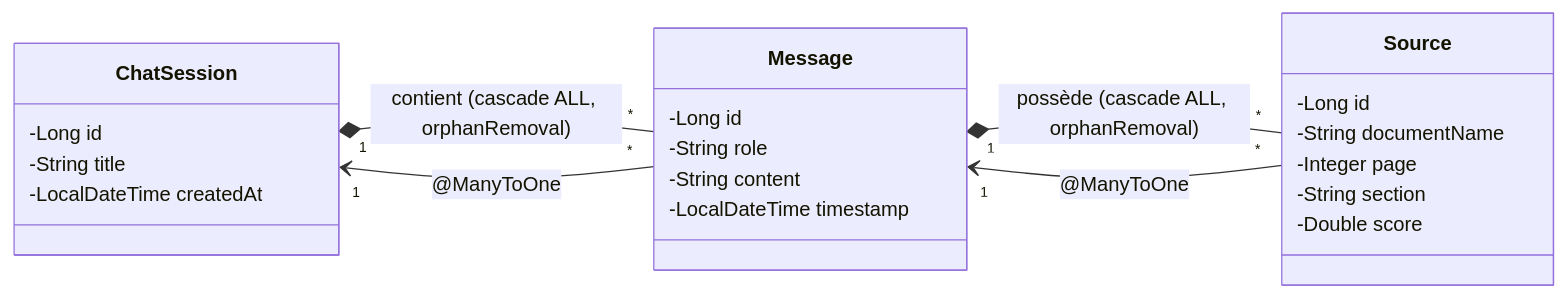
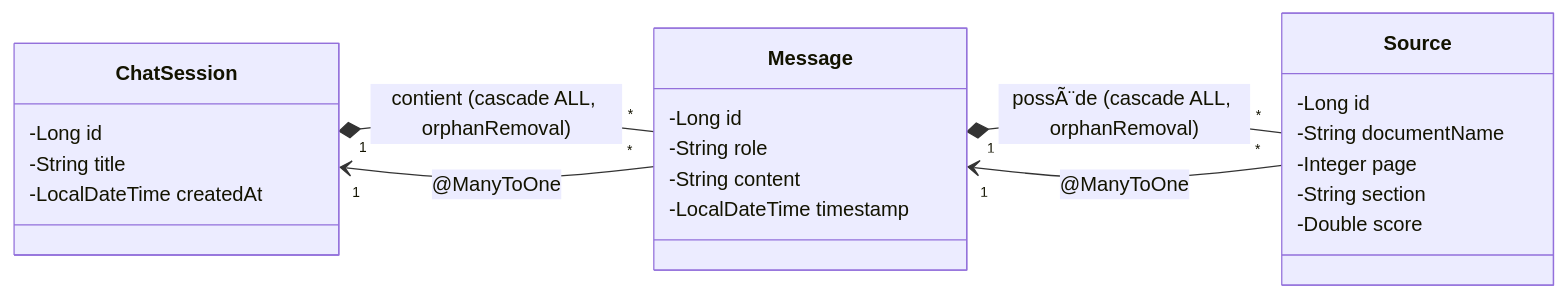
The second of 5 diagrams in DOCUMENTATION.md (chahmed12/enterprise-rag-assistant), drawn with Mermaid before and after one commit. The commit also changed other lines of this file and 42 other files, not shown here.

````diff
--- a/DOCUMENTATION.md
+++ b/DOCUMENTATION.md
@@ -167,26 +167,26 @@
 ```mermaid
 classDiagram
     direction LR
     class ChatSession {
         -Long id
         -String title
         -LocalDateTime createdAt
     }
     class Message {
         -Long id
         -String role
         -String content
         -LocalDateTime timestamp
     }
     class Source {
         -Long id
         -String documentName
         -Integer page
         -String section
         -Double score
     }
     ChatSession "1" *-- "*" Message : contient (cascade ALL, orphanRemoval)
     Message "*" --> "1" ChatSession : @ManyToOne
-    Message "1" *-- "*" Source : possède (cascade ALL, orphanRemoval)
+    Message "1" *-- "*" Source : possÃ¨de (cascade ALL, orphanRemoval)
     Source "*" --> "1" Message : @ManyToOne
 ```
````
